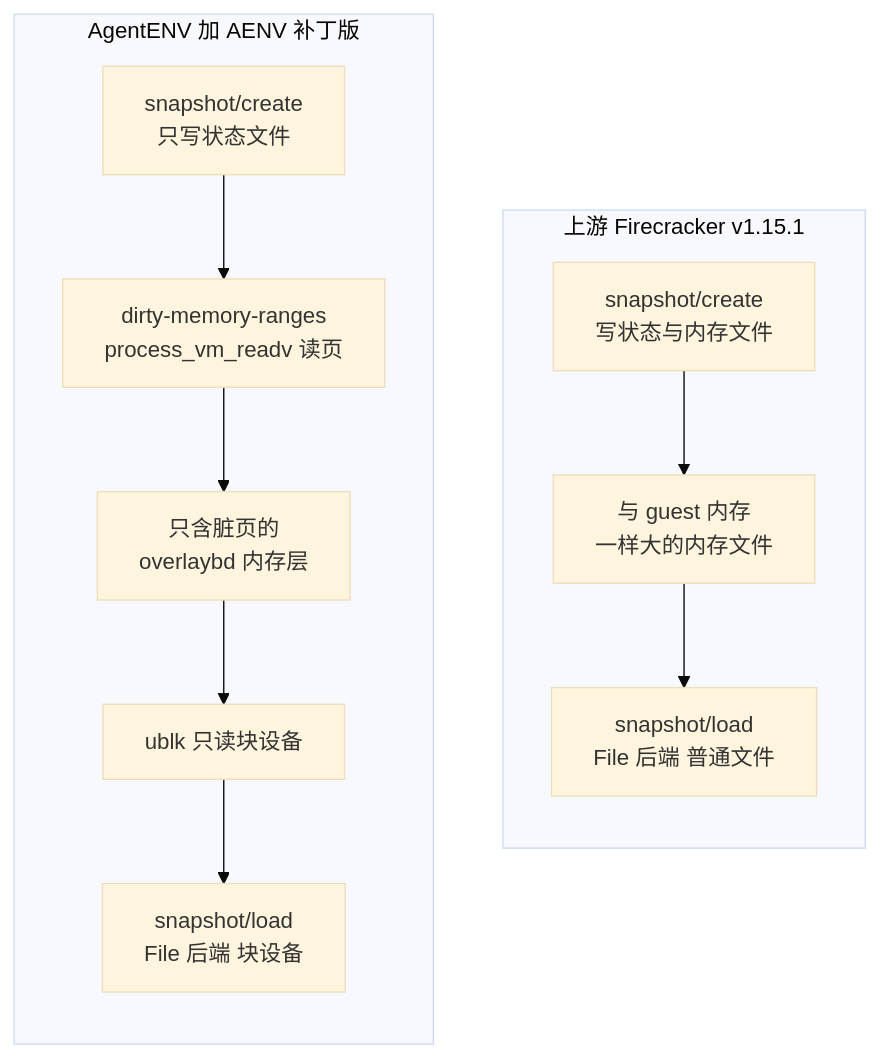
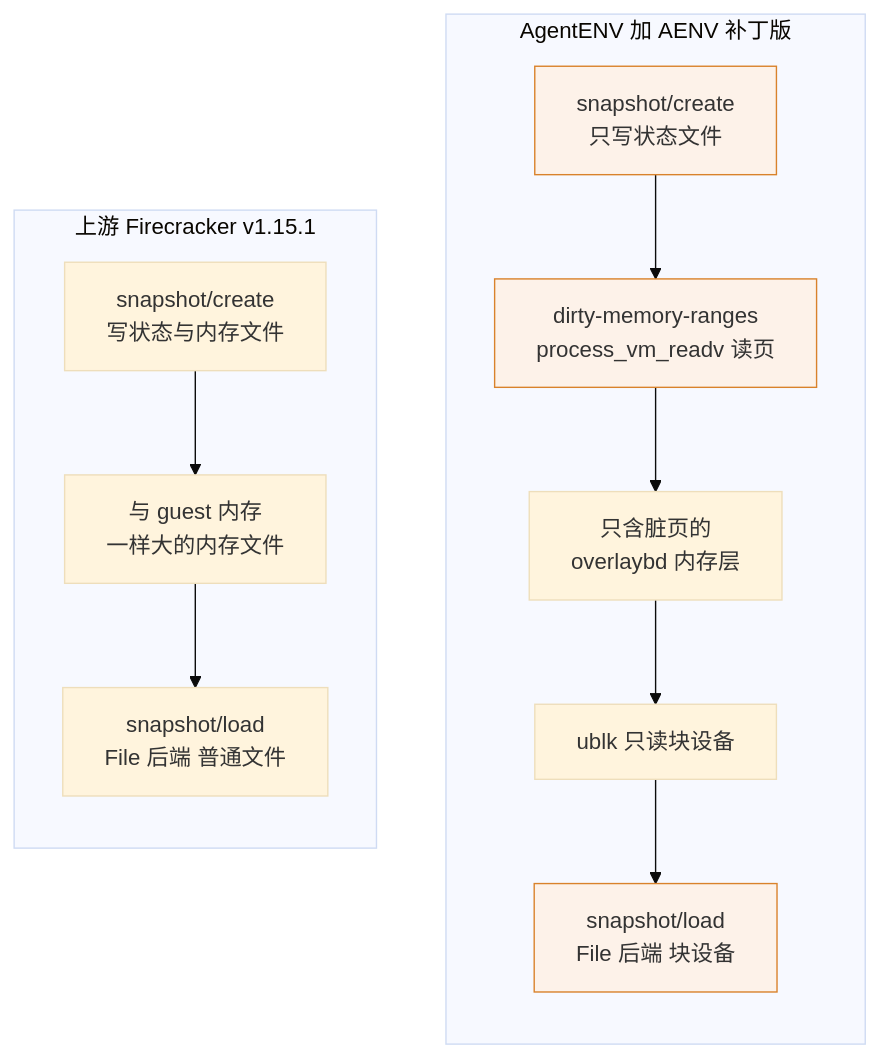
One commit to AustinJiangg/ai-books changed the second of 2 diagrams in agentenv/03-firecracker-for-agentenv.md. Above: the diagram before and after it, drawn with Mermaid (base theme). The commit also changed other lines of this file and 10 other files, not shown here.

````diff
--- a/agentenv/03-firecracker-for-agentenv.md
+++ b/agentenv/03-firecracker-for-agentenv.md
@@ -134,19 +134,22 @@
 ```mermaid
-flowchart TB
+flowchart LR
     subgraph UP["上游 Firecracker v1.15.1"]
         direction TB
         U1["snapshot/create<br/>写状态与内存文件"]
         U2["与 guest 内存<br/>一样大的内存文件"]
         U3["snapshot/load<br/>File 后端 普通文件"]
         U1 --> U2 --> U3
     end
     subgraph AE["AgentENV 加 AENV 补丁版"]
         direction TB
         A1["snapshot/create<br/>只写状态文件"]
         A2["dirty-memory-ranges<br/>process_vm_readv 读页"]
         A3["只含脏页的<br/>overlaybd 内存层"]
         A4["ublk 只读块设备"]
         A5["snapshot/load<br/>File 后端 块设备"]
         A1 --> A2 --> A3 --> A4 --> A5
     end
+    UP ~~~ AE
+    classDef diff fill:#fdf2e9,stroke:#d9822b
+    class A1,A2,A5 diff
 ```
````
